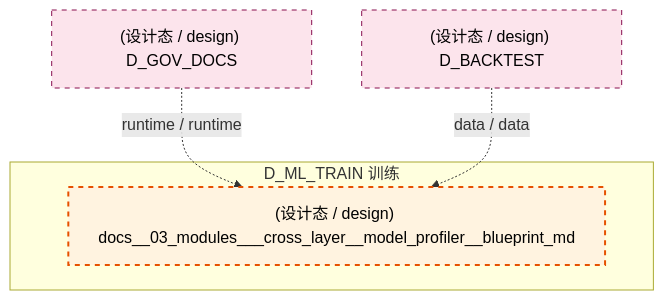
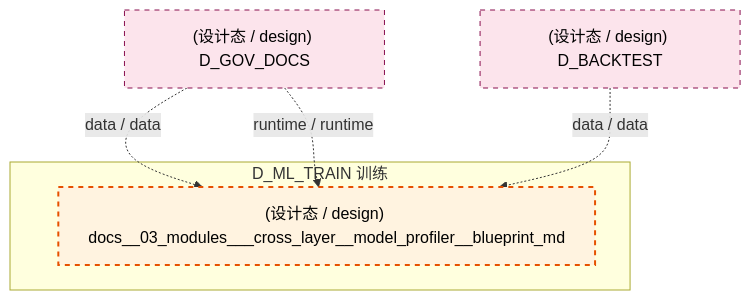
The second of 4 diagrams in docs/02_enterprise_architecture/02_domain_architecture_docs/50_d_ml_train.md (xuanFelixVan/ZephyrAlpha), drawn with Mermaid before and after one commit. The commit also changed other lines of this file and 87 other files, not shown here.

````diff
--- a/docs/02_enterprise_architecture/02_domain_architecture_docs/50_d_ml_train.md
+++ b/docs/02_enterprise_architecture/02_domain_architecture_docs/50_d_ml_train.md
@@ -112,16 +113,17 @@
 ```mermaid
 graph TD
     subgraph D_ML_TRAIN["D_ML_TRAIN 训练"]
         docs_03_modules_cross_layer_model_profiler_blueprint_md["(设计态 / design) docs__03_modules___cross_layer__model_profiler__blueprint_md"]
     end
     D_GOV_DOCS["(设计态 / design) D_GOV_DOCS"]
+    D_GOV_DOCS -.->|data / data| docs_03_modules_cross_layer_model_profiler_blueprint_md
     D_GOV_DOCS -.->|runtime / runtime| docs_03_modules_cross_layer_model_profiler_blueprint_md
     D_BACKTEST["(设计态 / design) D_BACKTEST"]
     D_BACKTEST -.->|data / data| docs_03_modules_cross_layer_model_profiler_blueprint_md
     classDef production fill:#e1f5fe,stroke:#01579b,stroke-width:2px,color:#000
     classDef design fill:#fff3e0,stroke:#e65100,stroke-width:2px,color:#000,stroke-dasharray: 5 5
     classDef external_prod fill:#e8f5e9,stroke:#1b5e20,stroke-width:1px,color:#000
     classDef external_design fill:#fce4ec,stroke:#880e4f,stroke-width:1px,color:#000,stroke-dasharray: 5 5
     class docs_03_modules_cross_layer_model_profiler_blueprint_md design
     class D_GOV_DOCS,D_BACKTEST external_design
 ```
````
